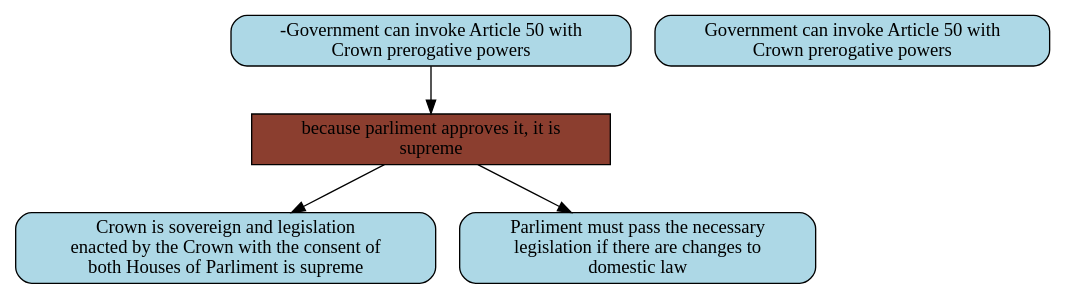
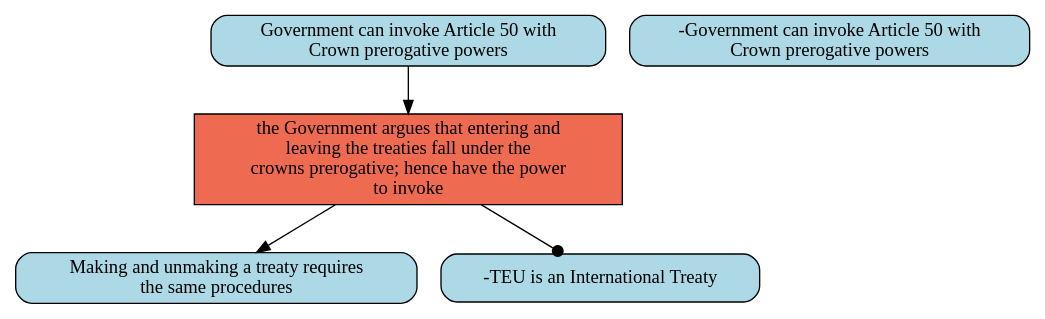
Before and after one commit to goweiting/carneades-ext: the diagram in system/dot/qnoflaw/2_0.dot, drawn with Graphviz. The commit also changed 41 other files, not shown here.

```diff
--- a/system/dot/qnoflaw/2_0.dot
+++ b/system/dot/qnoflaw/2_0.dot
@@ -1,10 +1,10 @@
 digraph G{ 
-"because parliment approves it, it is\nsupreme" [color="black", fillcolor="coral4",fixedsize=false, shape=box, style="filled"]; 
+"the Government argues that entering and\nleaving the treaties fall under the\ncrowns prerogative; hence have the power\nto invoke" [color="black", fillcolor="coral2",fixedsize=false, shape=box, style="filled"]; 
+"Government can invoke Article 50 with\nCrown prerogative powers" [color="black", fillcolor="lightblue", fixedsize=false,  shape="box", style="rounded,filled"]; 
 "-Government can invoke Article 50 with\nCrown prerogative powers" [color="black", fillcolor="lightblue", fixedsize=false,  shape="box", style="rounded,filled"]; 
-"Government can invoke Article 50 with\nCrown prerogative powers" [color="black", fillcolor="lightblue", fixedsize=false,  shape="box", style="rounded,filled"]; 
-"Crown is sovereign and legislation\nenacted by the Crown with the consent of\nboth Houses of Parliment is supreme" [color="black", fillcolor="lightblue", fixedsize=false,  shape="box", style="rounded,filled"]; 
-"Parliment must pass the necessary\nlegislation if there are changes to\ndomestic law" [color="black", fillcolor="lightblue", fixedsize=false,  shape="box", style="rounded,filled"]; 
-"-Government can invoke Article 50 with\nCrown prerogative powers" -> "because parliment approves it, it is\nsupreme" ; 
-"because parliment approves it, it is\nsupreme" -> "Crown is sovereign and legislation\nenacted by the Crown with the consent of\nboth Houses of Parliment is supreme" ; 
-"because parliment approves it, it is\nsupreme" -> "Parliment must pass the necessary\nlegislation if there are changes to\ndomestic law" ; 
+"Making and unmaking a treaty requires\nthe same procedures" [color="black", fillcolor="lightblue", fixedsize=false,  shape="box", style="rounded,filled"]; 
+"-TEU is an International Treaty" [color="black", fillcolor="lightblue", fixedsize=false,  shape="box", style="rounded,filled"]; 
+"Government can invoke Article 50 with\nCrown prerogative powers" -> "the Government argues that entering and\nleaving the treaties fall under the\ncrowns prerogative; hence have the power\nto invoke" ; 
+"the Government argues that entering and\nleaving the treaties fall under the\ncrowns prerogative; hence have the power\nto invoke" -> "Making and unmaking a treaty requires\nthe same procedures" ; 
+"the Government argues that entering and\nleaving the treaties fall under the\ncrowns prerogative; hence have the power\nto invoke" -> "-TEU is an International Treaty" [arrowhead=dot] ; 
 }
```
